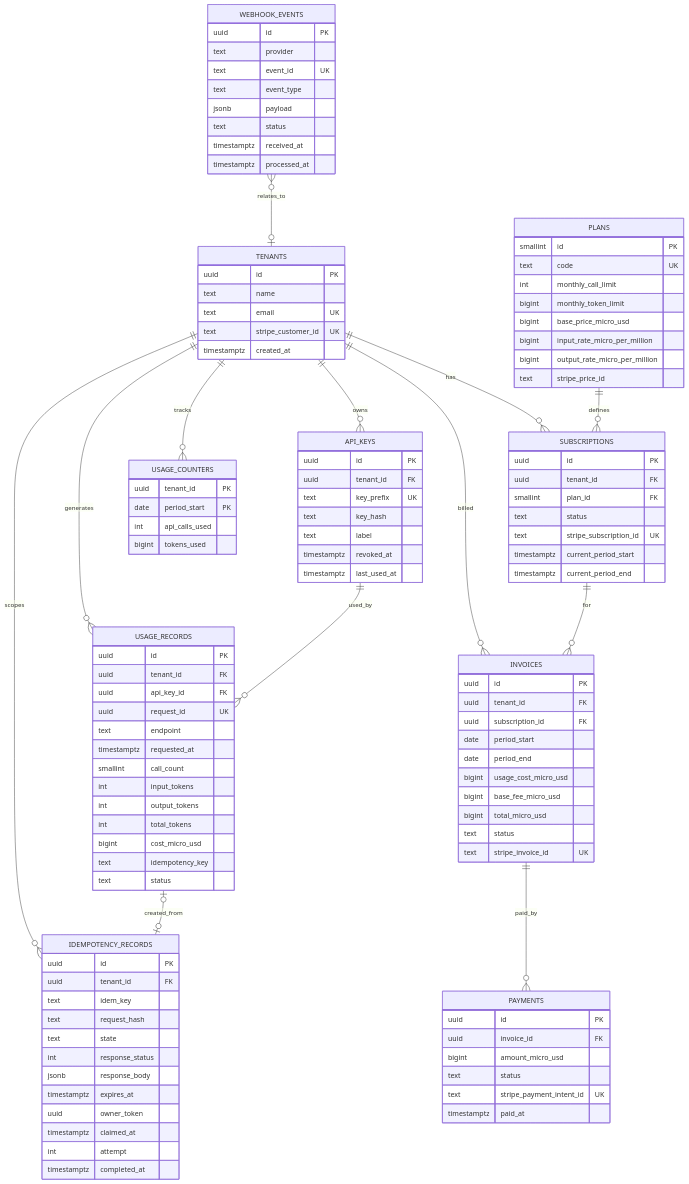
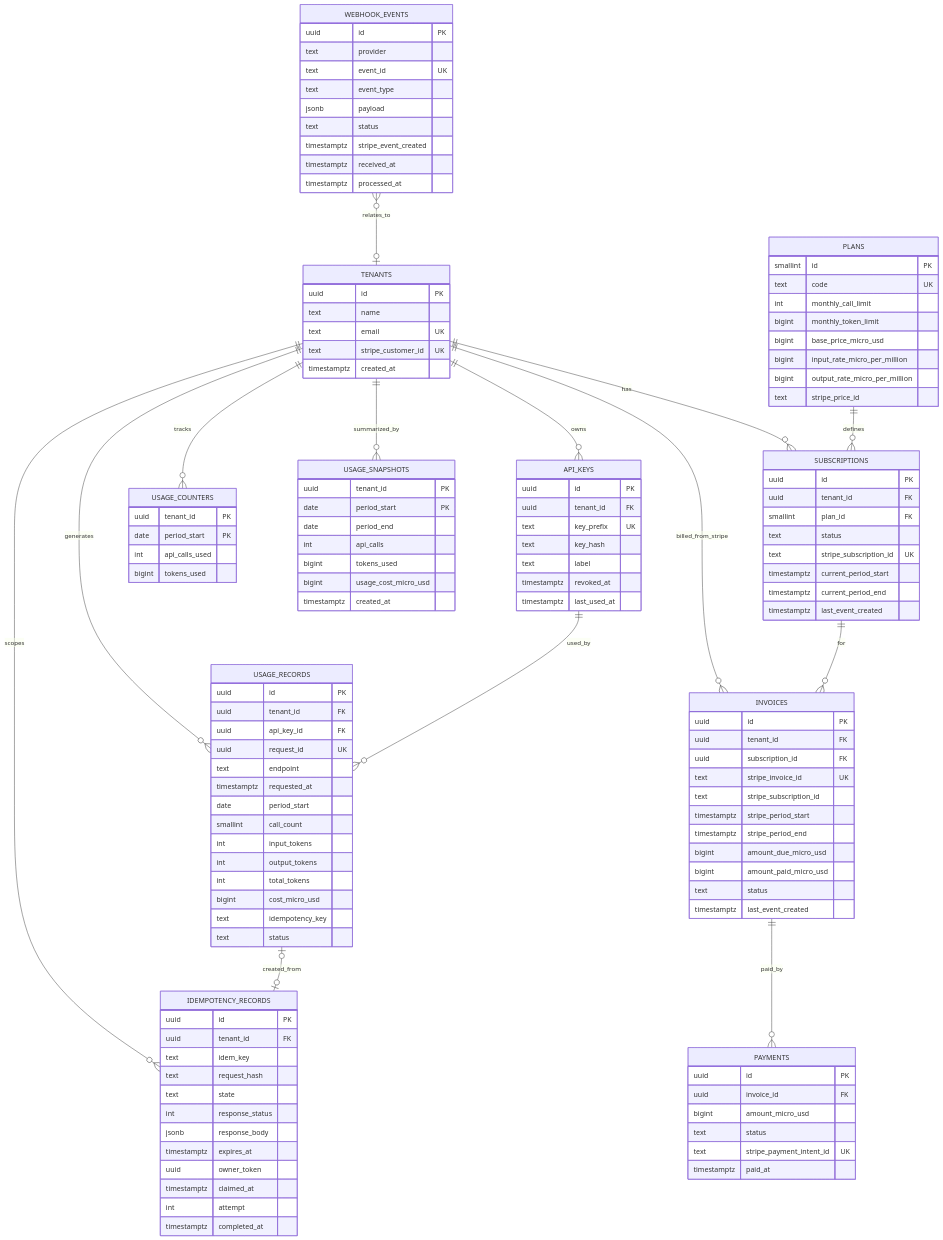
One commit to code4wealth/usage-metering-billing-engine changed the diagram in docs/DATABASE.md. Above: the diagram before and after it, drawn with Mermaid. The commit also changed other lines of this file and 4 other files, not shown here.

Commit message:
docs: model Stripe-owned invoices and webhook ordering

```diff
--- a/docs/DATABASE.md
+++ b/docs/DATABASE.md
@@ -16,7 +16,8 @@
     API_KEYS ||--o{ USAGE_RECORDS : used_by
     TENANTS ||--o{ IDEMPOTENCY_RECORDS : scopes
     USAGE_RECORDS |o--o| IDEMPOTENCY_RECORDS : created_from
-    TENANTS ||--o{ INVOICES : billed
+    TENANTS ||--o{ USAGE_SNAPSHOTS : summarized_by
+    TENANTS ||--o{ INVOICES : billed_from_stripe
     SUBSCRIPTIONS ||--o{ INVOICES : for
     INVOICES ||--o{ PAYMENTS : paid_by
     WEBHOOK_EVENTS }o--o| TENANTS : relates_to
@@ -54,6 +55,7 @@
         text stripe_subscription_id UK
         timestamptz current_period_start
         timestamptz current_period_end
+        timestamptz last_event_created
     }
     USAGE_COUNTERS {
         uuid tenant_id PK
@@ -68,6 +70,7 @@
         uuid request_id UK
         text endpoint
         timestamptz requested_at
+        date period_start
         smallint call_count
         int input_tokens
         int output_tokens
@@ -94,13 +97,23 @@
         uuid id PK
         uuid tenant_id FK
         uuid subscription_id FK
-        date period_start
+        text stripe_invoice_id UK
+        text stripe_subscription_id
+        timestamptz stripe_period_start
+        timestamptz stripe_period_end
+        bigint amount_due_micro_usd
+        bigint amount_paid_micro_usd
+        text status
+        timestamptz last_event_created
+    }
+    USAGE_SNAPSHOTS {
+        uuid tenant_id PK
+        date period_start PK
         date period_end
+        int api_calls
+        bigint tokens_used
         bigint usage_cost_micro_usd
-        bigint base_fee_micro_usd
-        bigint total_micro_usd
-        text status
-        text stripe_invoice_id UK
+        timestamptz created_at
     }
     PAYMENTS {
         uuid id PK
@@ -117,6 +130,7 @@
         text event_type
         jsonb payload
         text status
+        timestamptz stripe_event_created
         timestamptz received_at
         timestamptz processed_at
     }
```
